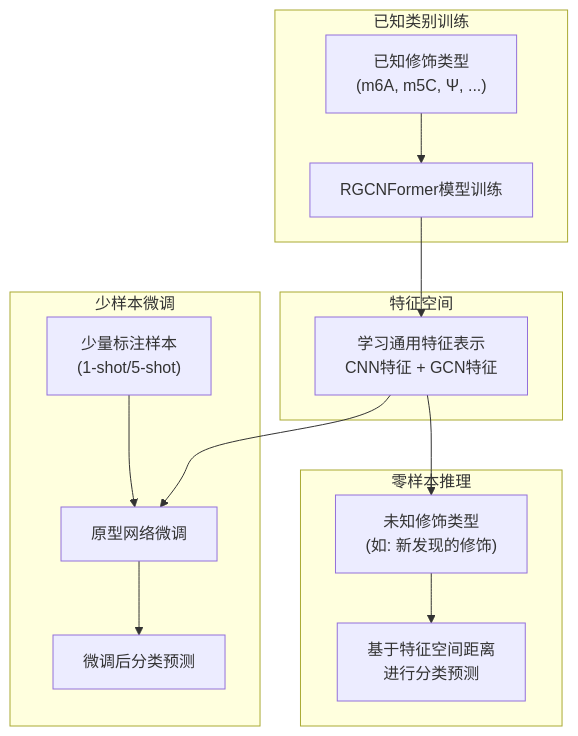
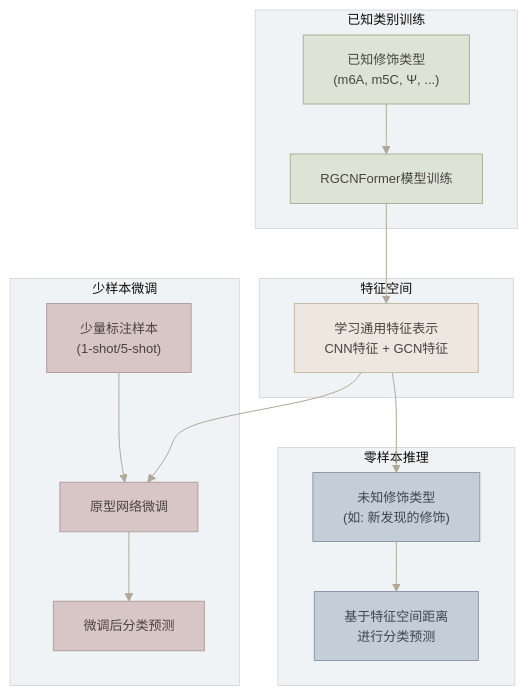
One commit to fdiskdc/RGCNFormer_WebAndWx_backend changed diagram 17 of 19 in md/RMA序列修饰检测可视化系统架构说明文档.md. Above: the diagram before and after it, drawn with Mermaid. The commit also changed other lines of this file, not shown here.

````diff
--- a/md/RMA序列修饰检测可视化系统架构说明文档.md
+++ b/md/RMA序列修饰检测可视化系统架构说明文档.md
@@ -1562,21 +1412,27 @@
 ```mermaid
+%%{init: {'theme': 'base', 'themeVariables': {'primaryColor': '#EDE7E0', 'primaryTextColor': '#4A4440', 'primaryBorderColor': '#C4BAA8', 'lineColor': '#B0A898', 'secondaryColor': '#E2DCD4', 'background': '#F8F5F0', 'fontSize': '13px'}}}%%
 graph TD
+    classDef train fill:#DDE4D6,stroke:#A8B49A,stroke-width:1px,color:#4A4440
+    classDef space fill:#EDE7E0,stroke:#C4BAA8,stroke-width:1px,color:#4A4440
+    classDef zero fill:#C5CDD8,stroke:#8E9AAA,stroke-width:1px,color:#3D4550
+    classDef few fill:#D8C5C5,stroke:#B0A0A0,stroke-width:1px,color:#4A4440
+
     subgraph 已知类别训练
-        T1["已知修饰类型<br/>(m6A, m5C, Ψ, ...)"] --> Model["RGCNFormer模型训练"]
+        T1["已知修饰类型<br/>(m6A, m5C, Ψ, ...)"]:::train --> Model["RGCNFormer模型训练"]:::train
     end
 
     subgraph 特征空间
-        Model --> F["学习通用特征表示<br/>CNN特征 + GCN特征"]
+        Model --> F["学习通用特征表示<br/>CNN特征 + GCN特征"]:::space
     end
 
     subgraph 零样本推理
-        F --> ZS["未知修饰类型<br/>(如: 新发现的修饰)"]
-        ZS --> P["基于特征空间距离<br/>进行分类预测"]
+        F --> ZS["未知修饰类型<br/>(如: 新发现的修饰)"]:::zero
+        ZS --> P["基于特征空间距离<br/>进行分类预测"]:::zero
     end
 
     subgraph 少样本微调
-        FS["少量标注样本<br/>(1-shot/5-shot)"] --> FT["原型网络微调"]
+        FS["少量标注样本<br/>(1-shot/5-shot)"]:::few --> FT["原型网络微调"]:::few
         F --> FT
-        FT --> P2["微调后分类预测"]
+        FT --> P2["微调后分类预测"]:::few
     end
 ```
````
